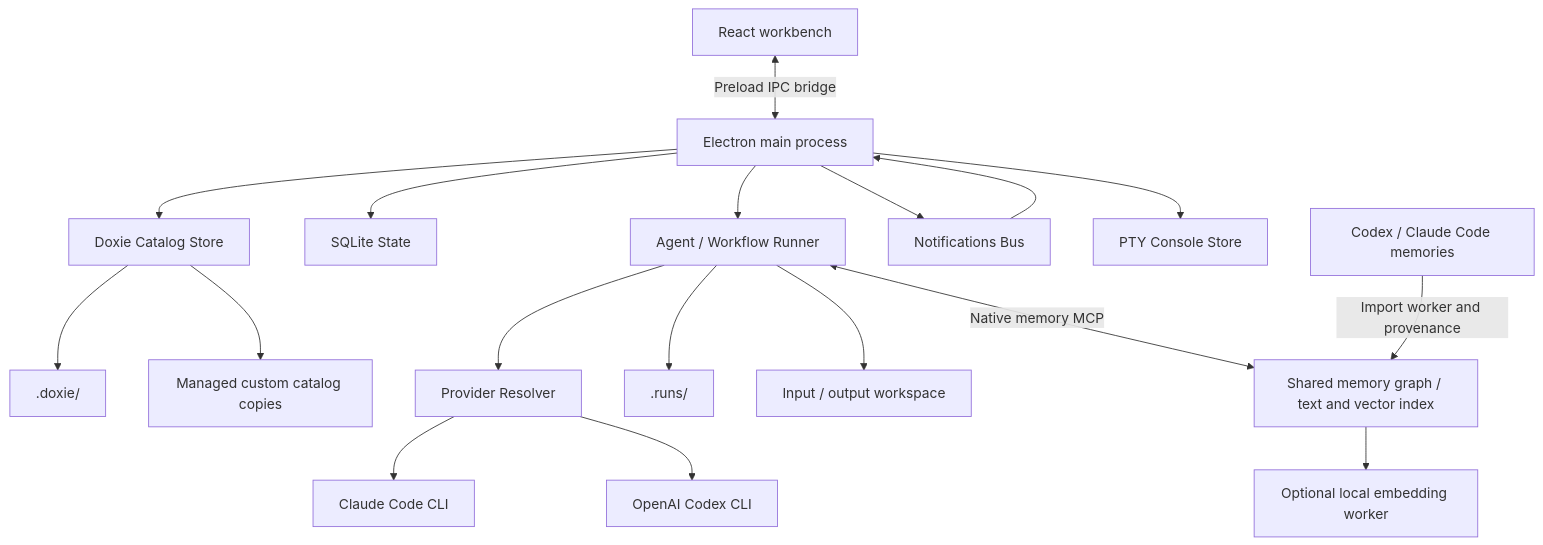
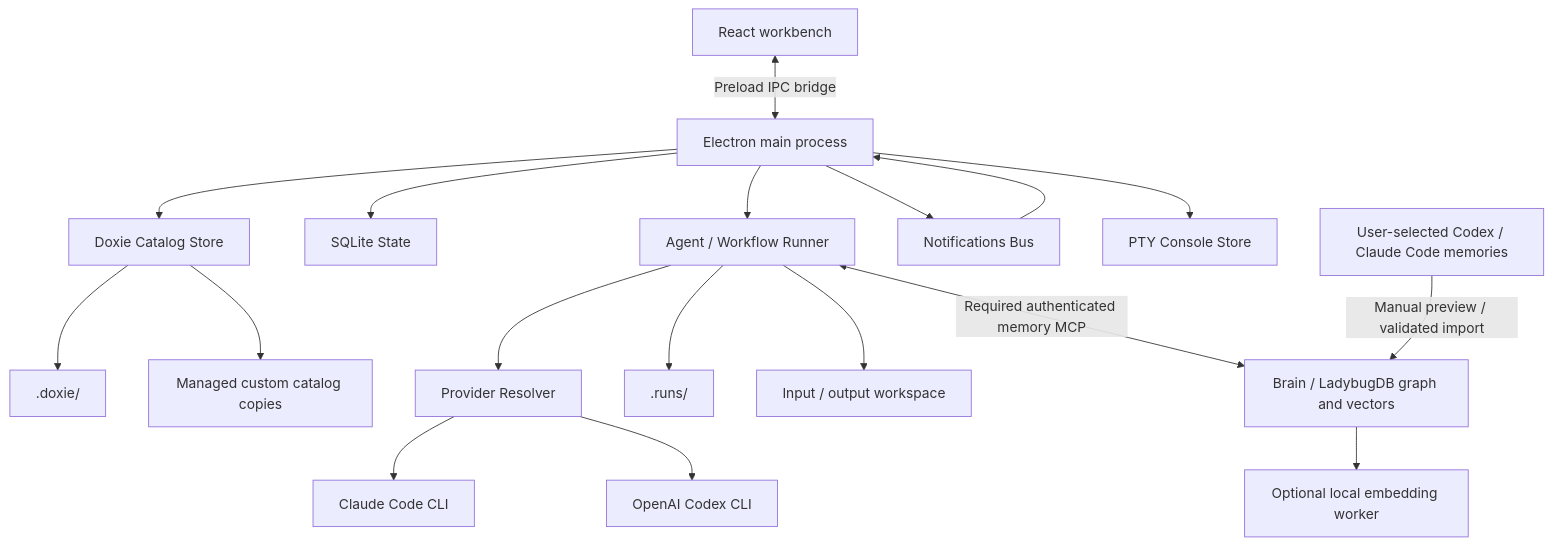
One commit to viamus/DoxieOS changed the first of 5 diagrams in docs/architecture.md. Above: the diagram before and after it, drawn with Mermaid. The commit also changed other lines of this file and 55 other files, not shown here.

Commit message:
feat: evolve shared memory into a local semantic Brain

````diff
--- a/docs/architecture.md
+++ b/docs/architecture.md
@@ -9,20 +9,20 @@
 ```mermaid
 flowchart TD
     Renderer["React workbench"] <-->|Preload IPC bridge| Main["Electron main process"]
     Main --> Catalog["Doxie Catalog Store"]
     Main --> SQLite["SQLite State"]
     Main --> Runner["Agent / Workflow Runner"]
     Main --> Notifications["Notifications Bus"]
     Main --> Consoles["PTY Console Store"]
     Catalog --> Doxie[".doxie/"]
     Catalog --> CustomCatalogs["Managed custom catalog copies"]
     Runner --> ProviderResolver["Provider Resolver"]
     ProviderResolver --> ClaudeCLI["Claude Code CLI"]
     ProviderResolver --> CodexCLI["OpenAI Codex CLI"]
     Runner --> RunOutputs[".runs/"]
     Runner --> Workspace["Input / output workspace"]
-    Runner <-->|Native memory MCP| Memory["Shared memory graph / text and vector index"]
+    Runner <-->|Required authenticated memory MCP| Memory["Brain / LadybugDB graph and vectors"]
     Memory --> Embeddings["Optional local embedding worker"]
-    Sources["Codex / Claude Code memories"] -->|Import worker and provenance| Memory
+    Sources["User-selected Codex / Claude Code memories"] -->|Manual preview / validated import| Memory
     Notifications --> Main
 ```
````
